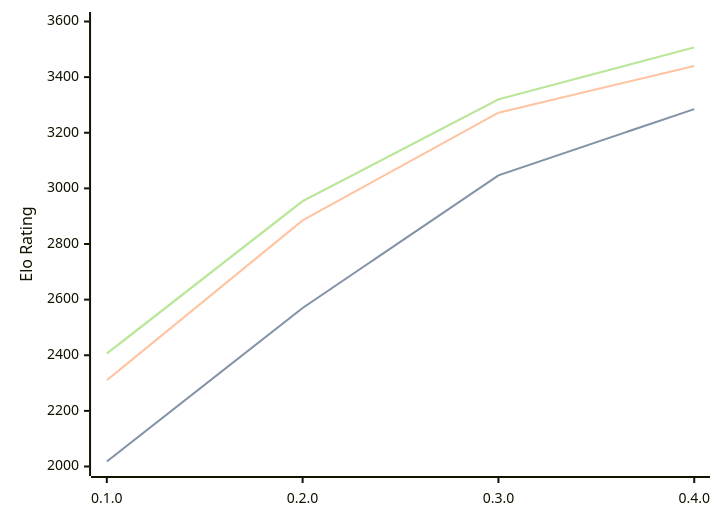
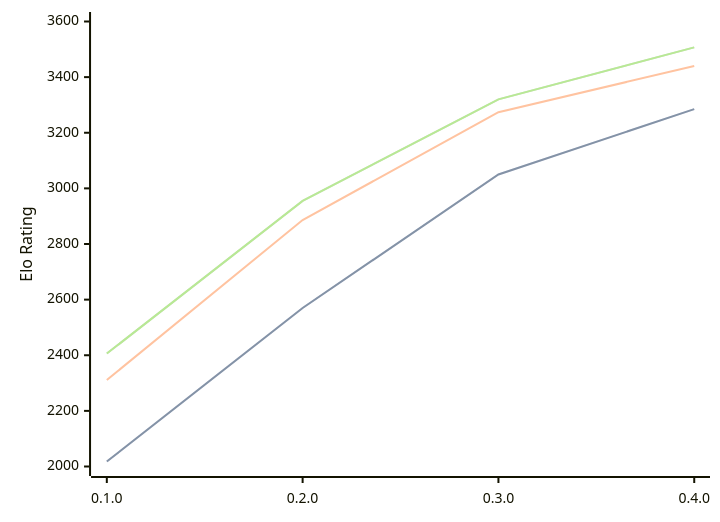
Before and after one commit to computer-chess-index/cci: the diagram in engines/Justbot.md, drawn with Mermaid. The commit also changed other lines of this file, not shown here.

Commit message:
Update CCI Ratings (ELO VLTC) - 2026-08-23

````diff
--- a/engines/Justbot.md
+++ b/engines/Justbot.md
@@ -34,11 +34,11 @@
 ```mermaid
 %%{init: {"theme":"base","themeVariables":{"seriesColors:['#a3a3a3','#222221','#faa371']}}}%%
 xychart-beta
   x-axis ["0.1.0", "0.2.0", "0.3.0", "0.4.0"]
   y-axis "Elo Rating" 2000 --> 3600
-  line "STC (8.0+0.08s)" [2018, 2570, 3047, 3285]
-  line "STC (8.0+0.08s)" [2018, 2570, 3047, 3285]
-  line "LTC (60.0+0.60s)" [2310, 2885, 3272, 3440]
-  line "VLTC (2m24s+1.12s)" [2406, 2954, 3320, 3507]
-  line "VLTC (2m24s+1.12s)" [2406, 2954, 3320, 3507]
+  line "STC (8.0+0.08s)" [2018, 2570, 3050, 3285]
+  line "STC (8.0+0.08s)" [2018, 2570, 3050, 3285]
+  line "LTC (60.0+0.60s)" [2311, 2886, 3274, 3440]
+  line "VLTC (2m24s+1.12s)" [2406, 2955, 3320, 3507]
+  line "VLTC (2m24s+1.12s)" [2406, 2955, 3320, 3507]
 ```
````
